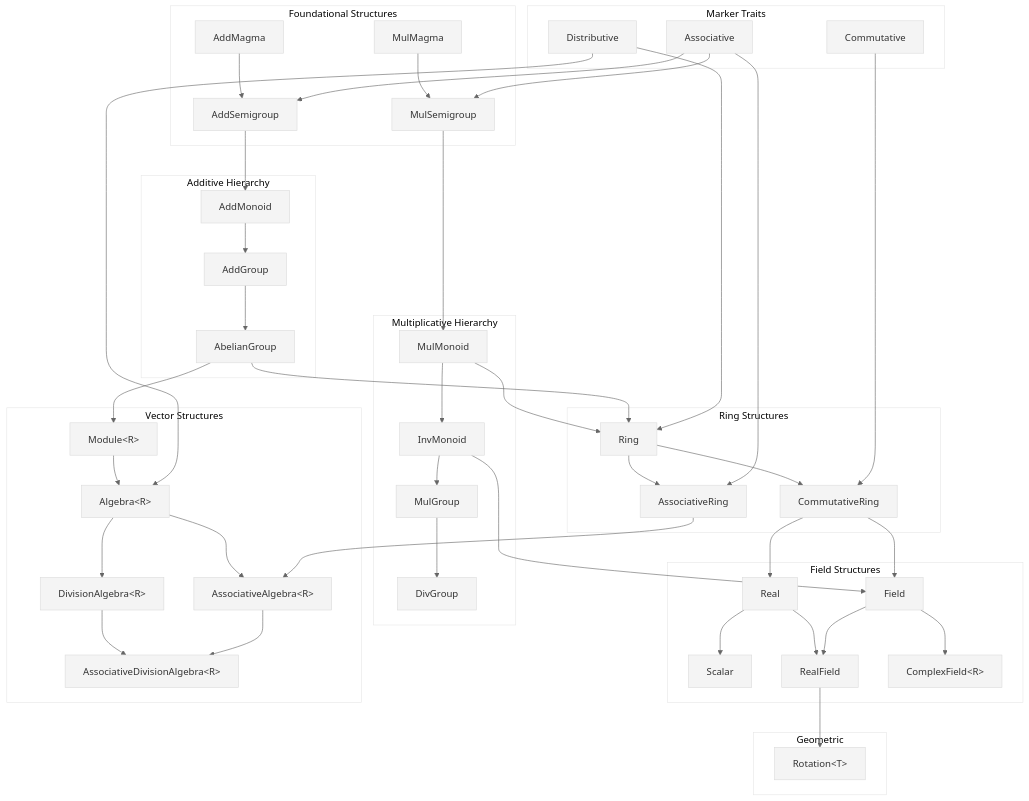
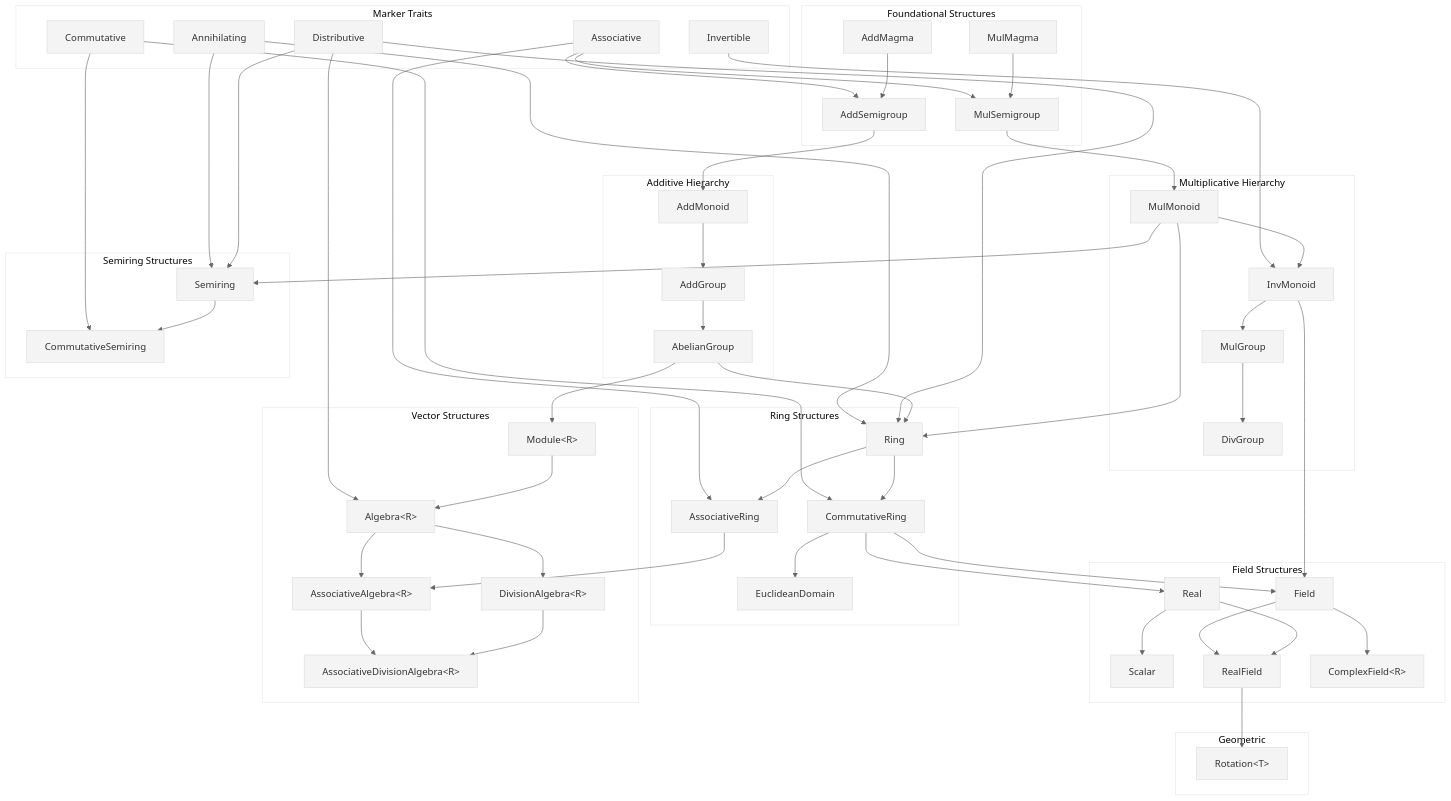
The diagram in deep_causality_algebra/README_ALGEBRA_TRAITS.md (deepcausality-rs/deep_causality), drawn with Mermaid before and after one commit. The commit also changed other lines of this file and 5 other files, not shown here.

```diff
--- a/deep_causality_algebra/README_ALGEBRA_TRAITS.md
+++ b/deep_causality_algebra/README_ALGEBRA_TRAITS.md
@@ -11,6 +11,8 @@
         Assoc["Associative"]
         Comm["Commutative"]
         Dist["Distributive"]
+        Annih["Annihilating"]
+        Inv["Invertible"]
     end
 
     subgraph Foundational Structures
@@ -33,10 +35,16 @@
         DivGrp["DivGroup"]
     end
 
+    subgraph Semiring Structures
+        Semi["Semiring"]
+        CommSemi["CommutativeSemiring"]
+    end
+
     subgraph Ring Structures
         Ring["Ring"]
         AssocRing["AssociativeRing"]
         CommRing["CommutativeRing"]
+        EuclidDom["EuclideanDomain"]
     end
 
     subgraph Field Structures
@@ -73,17 +81,27 @@
     %% Multiplicative path
     MulSemi --> MulMon
     MulMon --> InvMon
+    Inv --> InvMon
     InvMon --> MulGrp
     MulGrp --> DivGrp
+
+    %% Semiring path. No additive inverses, so it never joins the ring path.
+    MulMon --> Semi
+    Dist --> Semi
+    Annih --> Semi
+    Semi --> CommSemi
+    Comm --> CommSemi
 
     %% Ring path
     AbelGrp --> Ring
     MulMon --> Ring
     Dist --> Ring
+    Annih --> Ring
     Ring --> AssocRing
     Assoc --> AssocRing
     Ring --> CommRing
     Comm --> CommRing
+    CommRing --> EuclidDom
 
     %% Field path
     CommRing --> Real
```
